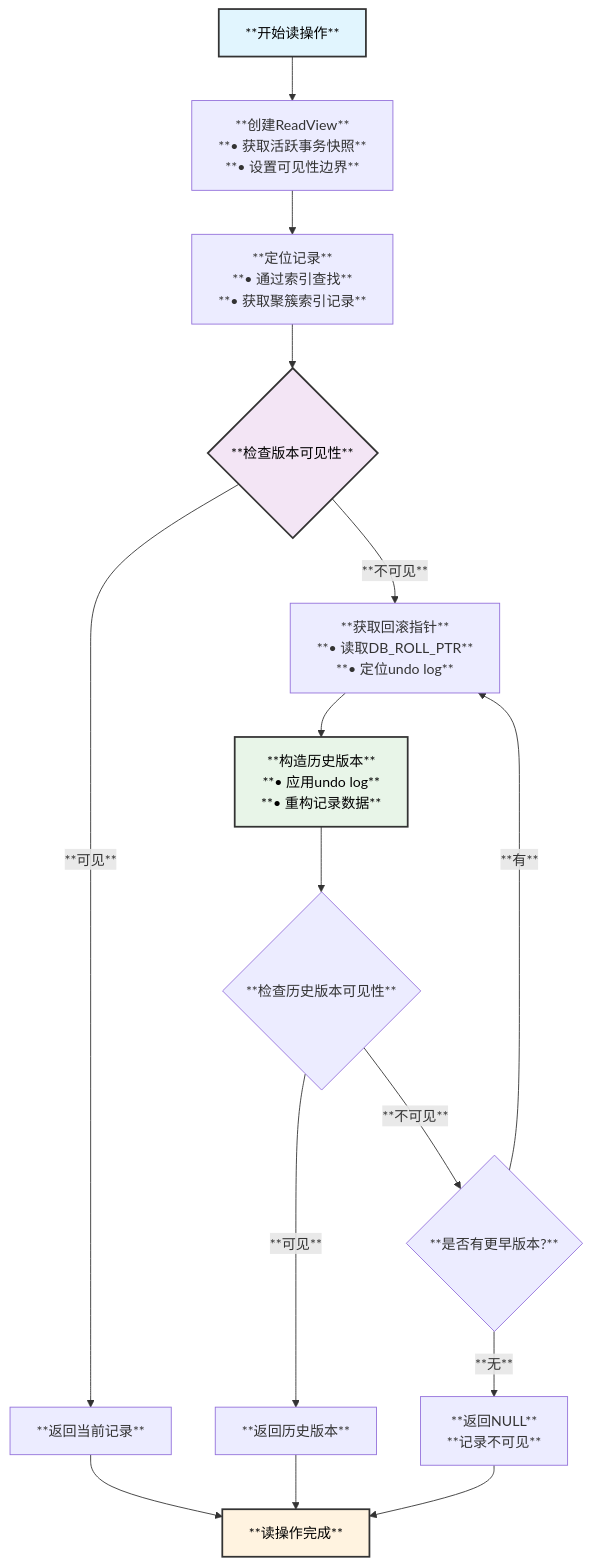
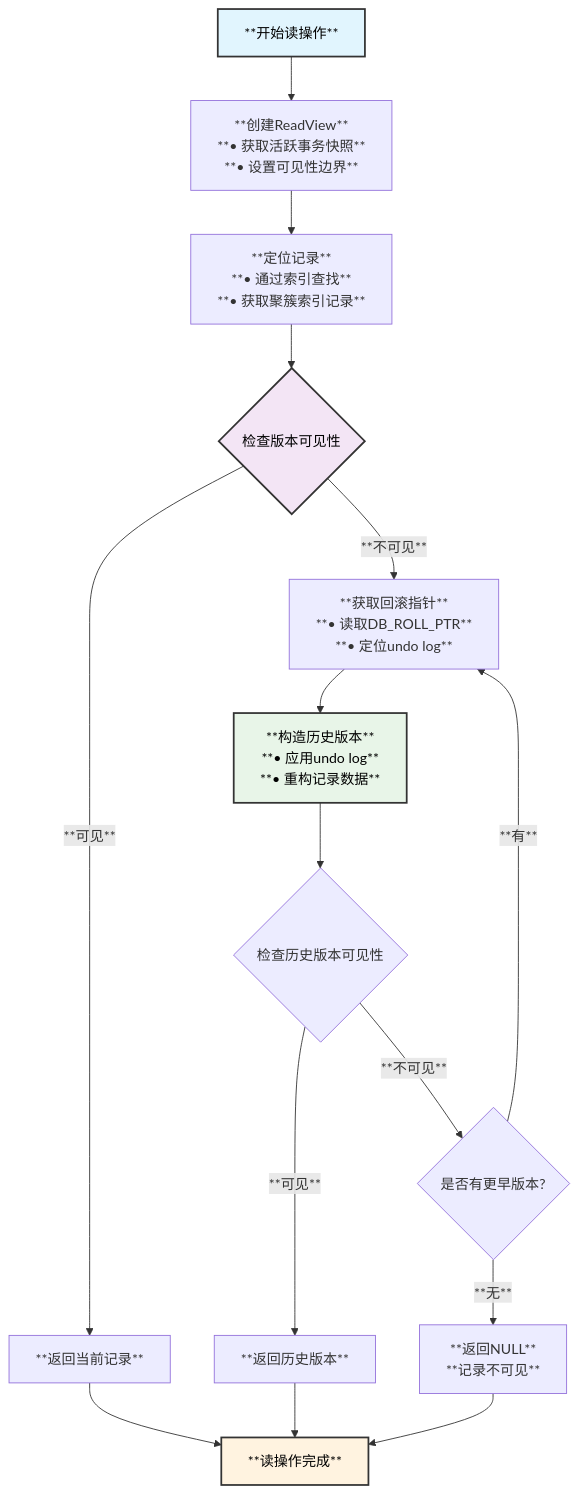
The second of 3 diagrams in vdocs/design/MVD.md (victor1589007281/percona-server), drawn with Mermaid before and after one commit. The commit also changed other lines of this file and 141 other files, not shown here.

````diff
--- a/vdocs/design/MVD.md
+++ b/vdocs/design/MVD.md
@@ -300,30 +300,30 @@
 ```mermaid
 flowchart TD
     START[**开始读操作**] --> CREATE_READVIEW[**创建ReadView**<br/>**• 获取活跃事务快照**<br/>**• 设置可见性边界**]
     
     CREATE_READVIEW --> LOCATE_RECORD[**定位记录**<br/>**• 通过索引查找**<br/>**• 获取聚簇索引记录**]
     
-    LOCATE_RECORD --> CHECK_VISIBILITY{**检查版本可见性**}
+    LOCATE_RECORD --> CHECK_VISIBILITY{"检查版本可见性"}
     
     CHECK_VISIBILITY -->|**可见**| RETURN_RECORD[**返回当前记录**]
     CHECK_VISIBILITY -->|**不可见**| GET_ROLL_PTR[**获取回滚指针**<br/>**• 读取DB_ROLL_PTR**<br/>**• 定位undo log**]
     
     GET_ROLL_PTR --> BUILD_PREV_VERSION[**构造历史版本**<br/>**• 应用undo log**<br/>**• 重构记录数据**]
     
-    BUILD_PREV_VERSION --> CHECK_PREV_VISIBILITY{**检查历史版本可见性**}
+    BUILD_PREV_VERSION --> CHECK_PREV_VISIBILITY{"检查历史版本可见性"}
     
     CHECK_PREV_VISIBILITY -->|**可见**| RETURN_PREV[**返回历史版本**]
-    CHECK_PREV_VISIBILITY -->|**不可见**| MORE_HISTORY{**是否有更早版本?**}
+    CHECK_PREV_VISIBILITY -->|**不可见**| MORE_HISTORY{"是否有更早版本?"}
     
     MORE_HISTORY -->|**有**| GET_ROLL_PTR
     MORE_HISTORY -->|**无**| RETURN_NULL[**返回NULL**<br/>**记录不可见**]
     
     RETURN_RECORD --> END[**读操作完成**]
     RETURN_PREV --> END
     RETURN_NULL --> END
     
     style START fill:#e1f5fe,color:#000,stroke:#333,stroke-width:2px
     style CHECK_VISIBILITY fill:#f3e5f5,color:#000,stroke:#333,stroke-width:2px
     style BUILD_PREV_VERSION fill:#e8f5e8,color:#000,stroke:#333,stroke-width:2px
     style END fill:#fff3e0,color:#000,stroke:#333,stroke-width:2px
 ```
````
